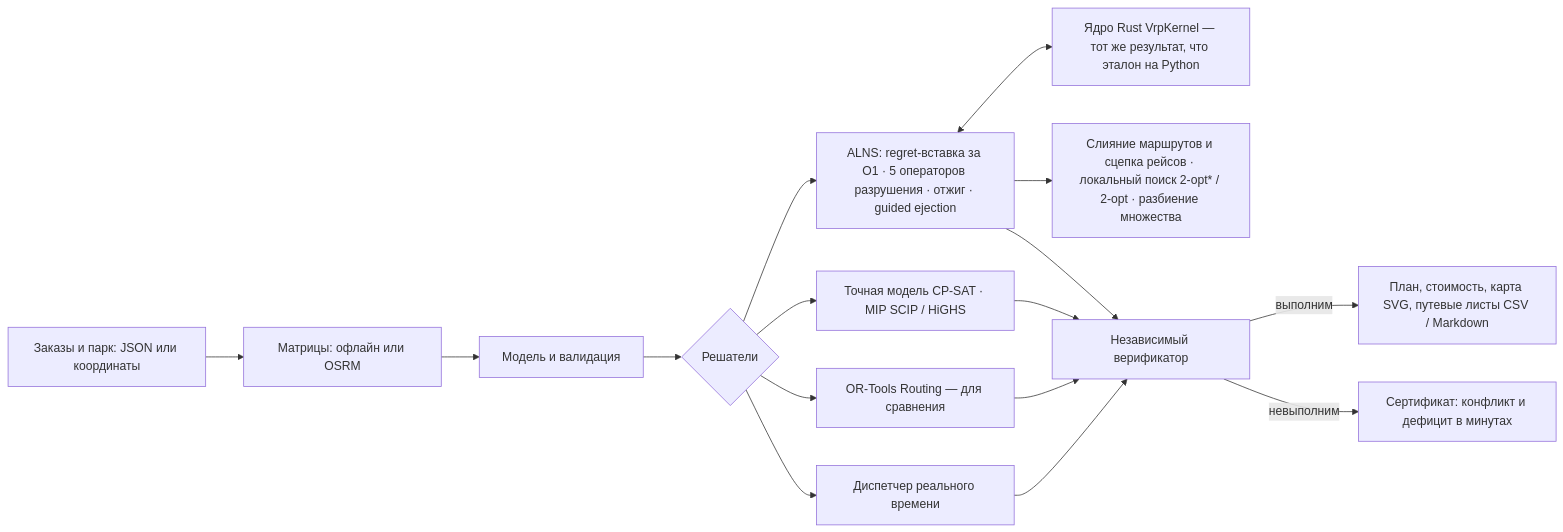
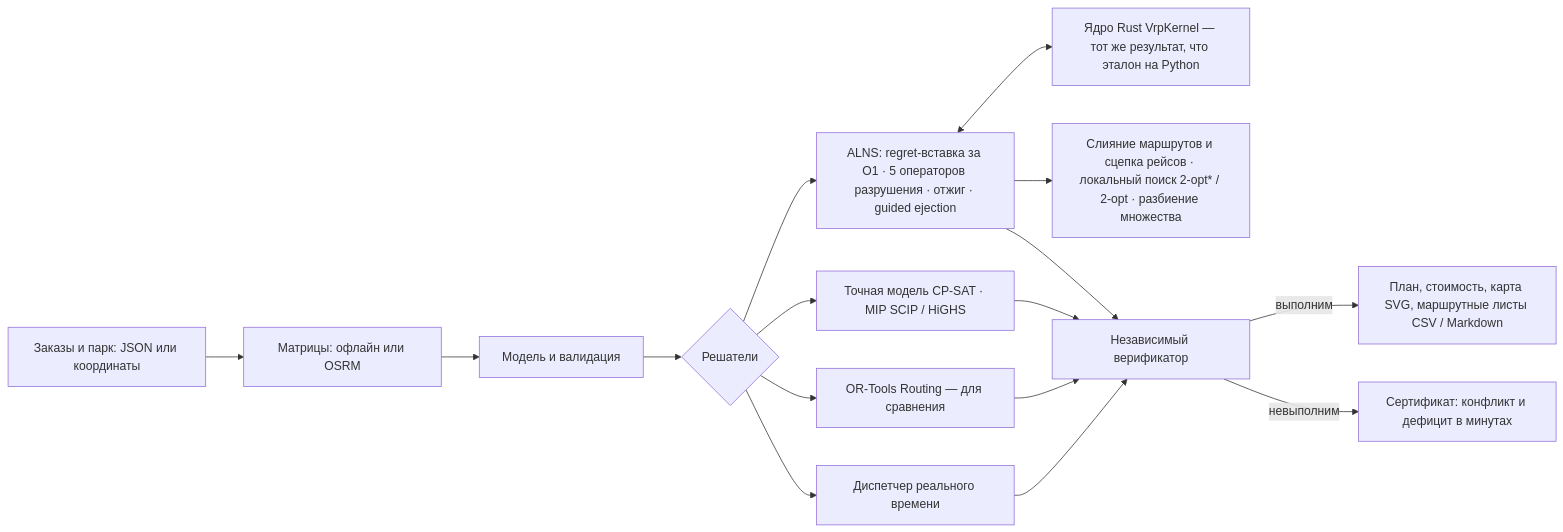
One commit to KonkovDV/SynAPS-MobiRoute changed the diagram in README.md. Above: the diagram before and after it, drawn with Mermaid. The commit also changed other lines of this file and 12 other files, not shown here.

````diff
--- a/README.md
+++ b/README.md
@@ -101,18 +101,18 @@
 ```mermaid
 flowchart LR
   A[Заказы и парк: JSON или координаты] --> G[Матрицы: офлайн или OSRM]
   G --> B[Модель и валидация]
   B --> C{Решатели}
   C --> D[ALNS: regret-вставка за O1 · 5 операторов разрушения · отжиг · guided ejection]
   D <--> K[Ядро Rust VrpKernel — тот же результат, что эталон на Python]
   D --> M[Слияние маршрутов и сцепка рейсов · локальный поиск 2-opt* / 2-opt · разбиение множества]
   C --> E[Точная модель CP-SAT · MIP SCIP / HiGHS]
   C --> O[OR-Tools Routing — для сравнения]
   C --> R[Диспетчер реального времени]
   D --> V[Независимый верификатор]
   E --> V
   O --> V
   R --> V
-  V -->|выполним| P[План, стоимость, карта SVG, путевые листы CSV / Markdown]
+  V -->|выполним| P[План, стоимость, карта SVG, маршрутные листы CSV / Markdown]
   V -->|невыполним| H[Сертификат: конфликт и дефицит в минутах]
 ```
````
